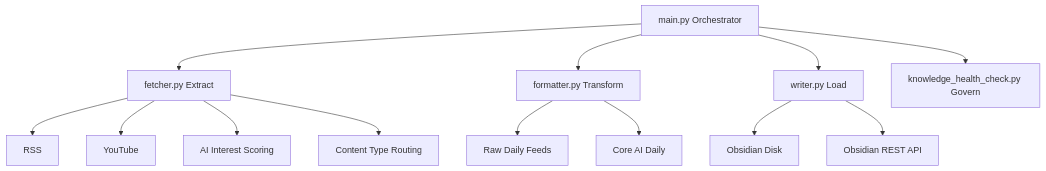
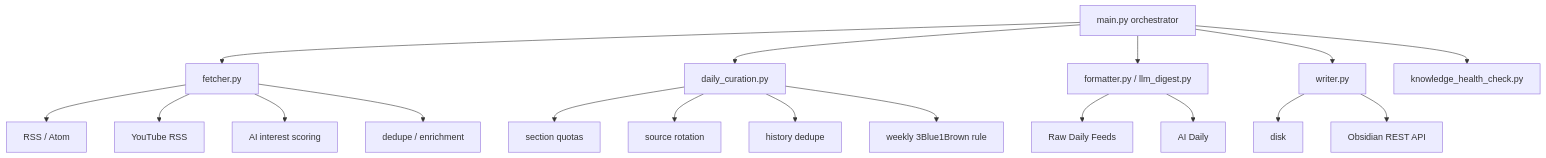
One commit to haoran3160-afk/pkm_obsidian_workflow changed the diagram in README.md. Above: the diagram before and after it, drawn with Mermaid. The commit also changed other lines of this file and 22 other files, not shown here.

````diff
--- a/README.md
+++ b/README.md
@@ -83,18 +81,24 @@
 ```mermaid
 graph TD
-    A[main.py Orchestrator] --> B[fetcher.py Extract]
-    A --> C[formatter.py Transform]
-    A --> D[writer.py Load]
-    A --> H[knowledge_health_check.py Govern]
+    A["main.py orchestrator"] --> B["fetcher.py"]
+    A --> C["daily_curation.py"]
+    A --> D["formatter.py / llm_digest.py"]
+    A --> E["writer.py"]
+    A --> F["knowledge_health_check.py"]
 
-    B --> B1[RSS]
-    B --> B2[YouTube]
-    B --> B3[AI Interest Scoring]
-    B --> B4[Content Type Routing]
+    B --> B1["RSS / Atom"]
+    B --> B2["YouTube RSS"]
+    B --> B3["AI interest scoring"]
+    B --> B4["dedupe / enrichment"]
 
-    C --> C1[Raw Daily Feeds]
-    C --> C2[Core AI Daily]
+    C --> C1["section quotas"]
+    C --> C2["source rotation"]
+    C --> C3["history dedupe"]
+    C --> C4["weekly 3Blue1Brown rule"]
 
-    D --> D1[Obsidian Disk]
-    D --> D2[Obsidian REST API]
+    D --> D1["Raw Daily Feeds"]
+    D --> D2["AI Daily"]
+
+    E --> E1["disk"]
+    E --> E2["Obsidian REST API"]
 ```
````
